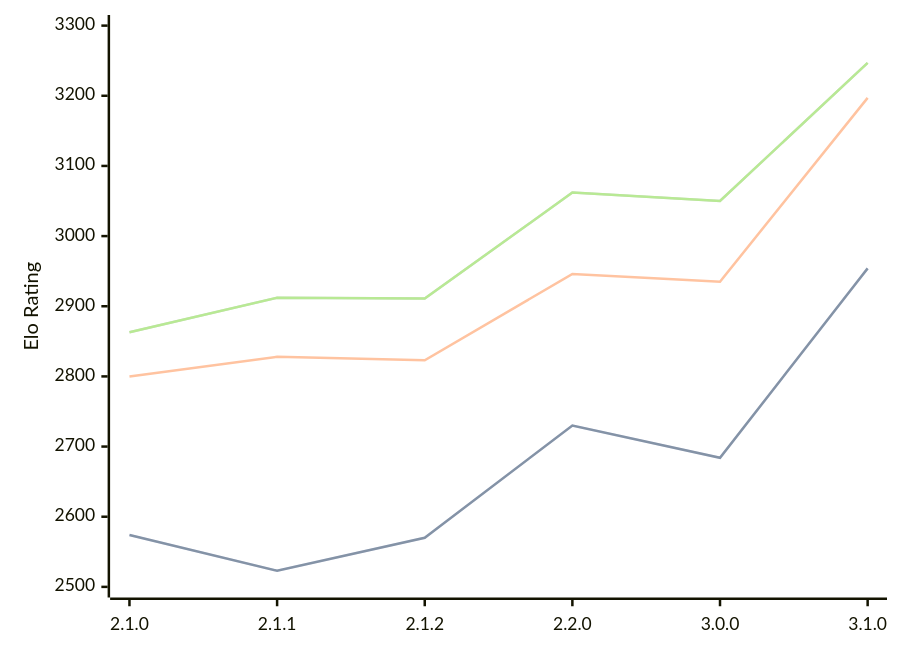
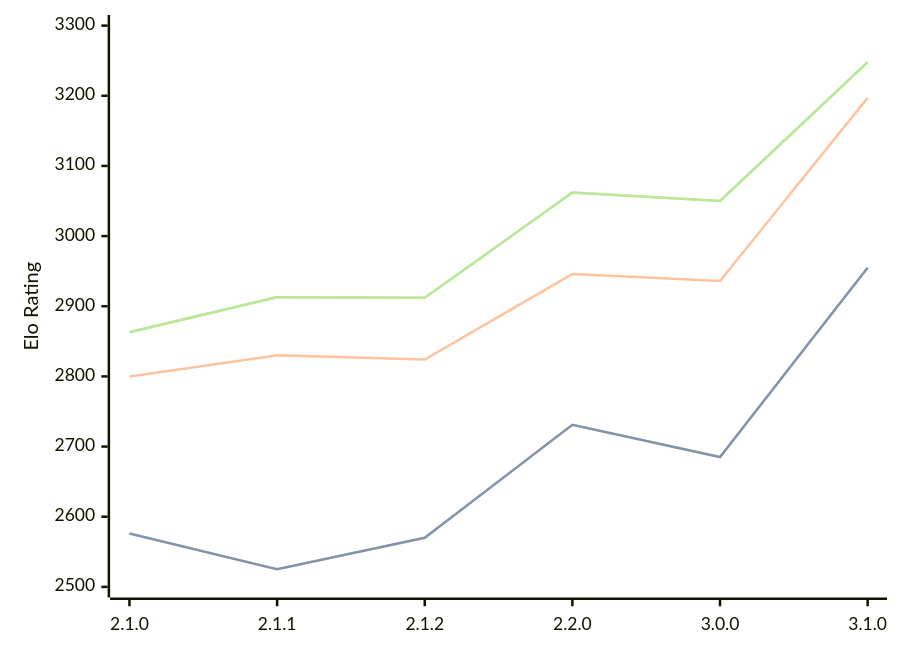
The diagram in engines/Prune.md (computer-chess-index/cci), drawn with Mermaid before and after one commit. The commit also changed other lines of this file, not shown here.

Commit message:
Update CCI Ratings (ELO VLTC) - 2026-02-16

````diff
--- a/engines/Prune.md
+++ b/engines/Prune.md
@@ -37,11 +37,11 @@
 ```mermaid
 %%{init: {"theme":"base","themeVariables":{"seriesColors:['#a3a3a3','#222221','#faa371']}}}%%
 xychart-beta
   x-axis ["2.1.0", "2.1.1", "2.1.2", "2.2.0", "3.0.0", "3.1.0"]
   y-axis "Elo Rating" 2500 --> 3300
-  line "STC (8.0+0.08s)" [2574, 2523, 2570, 2730, 2684, 2954]
-  line "STC (8.0+0.08s)" [2574, 2523, 2570, 2730, 2684, 2954]
-  line "LTC (60.0+0.60s)" [2800, 2828, 2823, 2946, 2935, 3197]
-  line "VLTC (2m24s+1.12s)" [2863, 2912, 2911, 3062, 3050, 3247]
-  line "VLTC (2m24s+1.12s)" [2863, 2912, 2911, 3062, 3050, 3247]
+  line "STC (8.0+0.08s)" [2576, 2525, 2570, 2731, 2685, 2955]
+  line "STC (8.0+0.08s)" [2576, 2525, 2570, 2731, 2685, 2955]
+  line "LTC (60.0+0.60s)" [2800, 2830, 2824, 2946, 2936, 3197]
+  line "VLTC (2m24s+1.12s)" [2863, 2913, 2912, 3062, 3050, 3248]
+  line "VLTC (2m24s+1.12s)" [2863, 2913, 2912, 3062, 3050, 3248]
 ```
````
